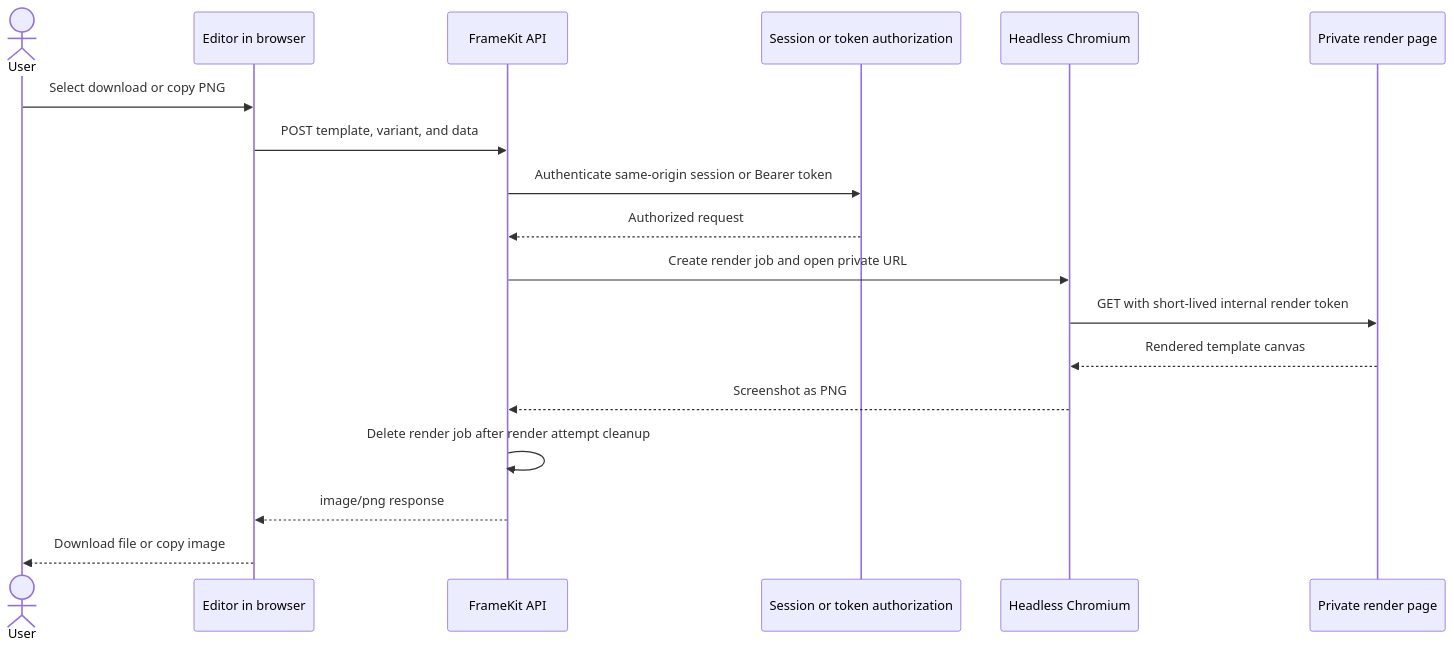
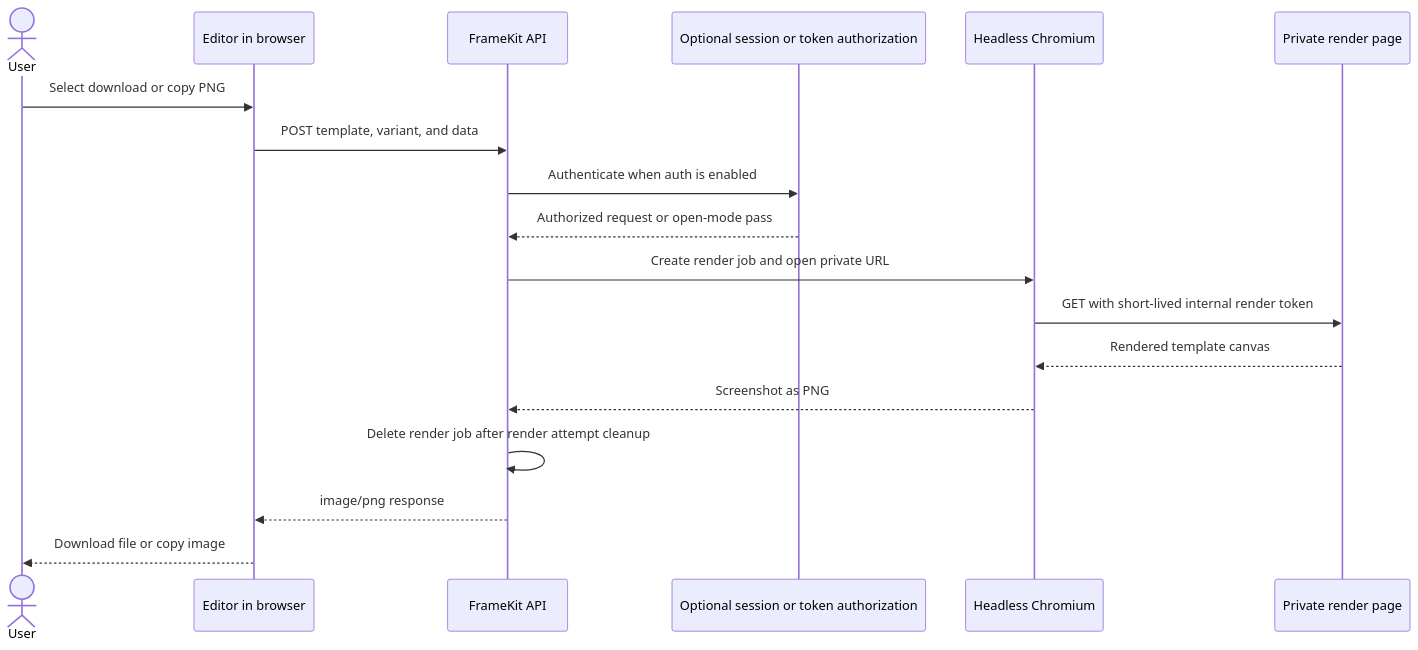
Before and after one commit to MauricioDMO/FrameKit: the diagram in apps/docs/src/content/docs/en/contributors/architecture/studio-and-editor.md, drawn with Mermaid. The commit also changed other lines of this file and 232 other files, not shown here.

Commit message:
feat(auth): support explicit open and authenticated modes

````diff
--- a/apps/docs/src/content/docs/en/contributors/architecture/studio-and-editor.md
+++ b/apps/docs/src/content/docs/en/contributors/architecture/studio-and-editor.md
@@ -57,21 +62,21 @@
 ```mermaid
 sequenceDiagram
   actor User
   participant Editor as Editor in browser
   participant API as FrameKit API
-  participant Access as Session or token authorization
+  participant Access as Optional session or token authorization
   participant Chromium as Headless Chromium
   participant RenderPage as Private render page
 
   User->>Editor: Select download or copy PNG
   Editor->>API: POST template, variant, and data
-  API->>Access: Authenticate same-origin session or Bearer token
-  Access-->>API: Authorized request
+  API->>Access: Authenticate when auth is enabled
+  Access-->>API: Authorized request or open-mode pass
   API->>Chromium: Create render job and open private URL
   Chromium->>RenderPage: GET with short-lived internal render token
   RenderPage-->>Chromium: Rendered template canvas
   Chromium-->>API: Screenshot as PNG
   API->>API: Delete render job after render attempt cleanup
   API-->>Editor: image/png response
   Editor-->>User: Download file or copy image
 ```
````
